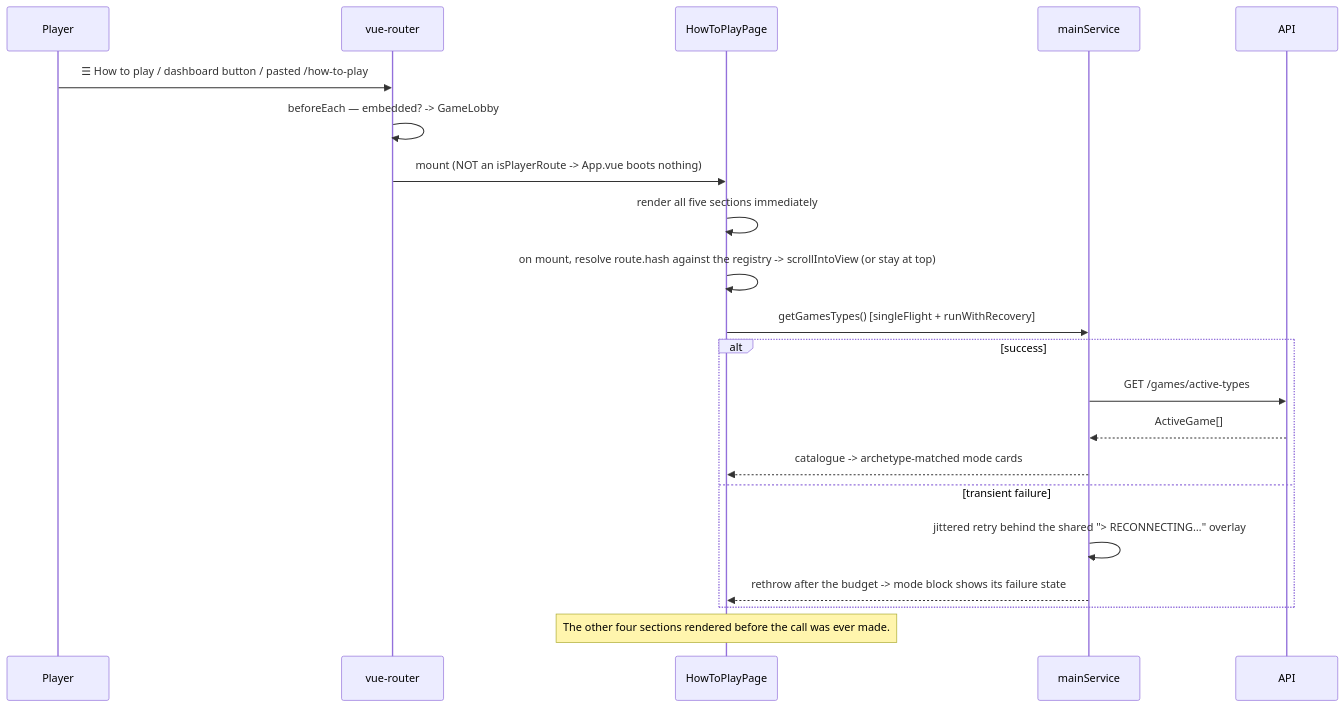
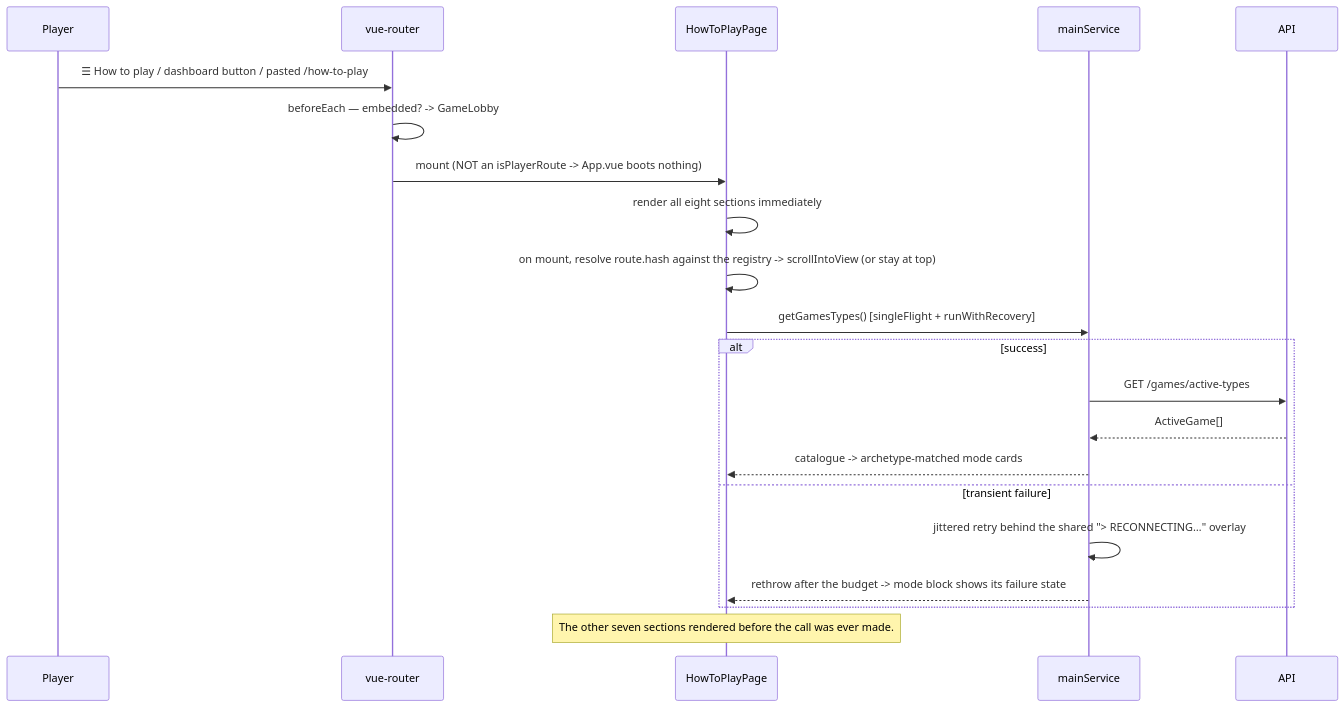
Before and after one commit to marcusruas/monkify-meta: the first of 2 diagrams in specs/how-to-play.md, drawn with Mermaid. The commit also changed other lines of this file and 7 other files, not shown here.

````diff
--- a/specs/how-to-play.md
+++ b/specs/how-to-play.md
@@ -637,24 +837,24 @@
 ```mermaid
 sequenceDiagram
   participant P as Player
   participant R as vue-router
   participant G as HowToPlayPage
   participant S as mainService
   participant A as API
 
   P->>R: ☰ How to play / dashboard button / pasted /how-to-play#refunds
   R->>R: beforeEach — embedded? -> GameLobby
   R->>G: mount (NOT an isPlayerRoute -> App.vue boots nothing)
-  G->>G: render all five sections immediately
+  G->>G: render all eight sections immediately
   G->>G: on mount, resolve route.hash against the registry -> scrollIntoView (or stay at top)
   G->>S: getGamesTypes()  [singleFlight + runWithRecovery]
   alt success
     S->>A: GET /games/active-types
     A-->>S: ActiveGame[]
     S-->>G: catalogue -> archetype-matched mode cards
   else transient failure
     S->>S: jittered retry behind the shared "> RECONNECTING…" overlay
     S-->>G: rethrow after the budget -> mode block shows its failure state
   end
-  Note over G: The other four sections rendered before the call was ever made.
+  Note over G: The other seven sections rendered before the call was ever made.
 ```
````
